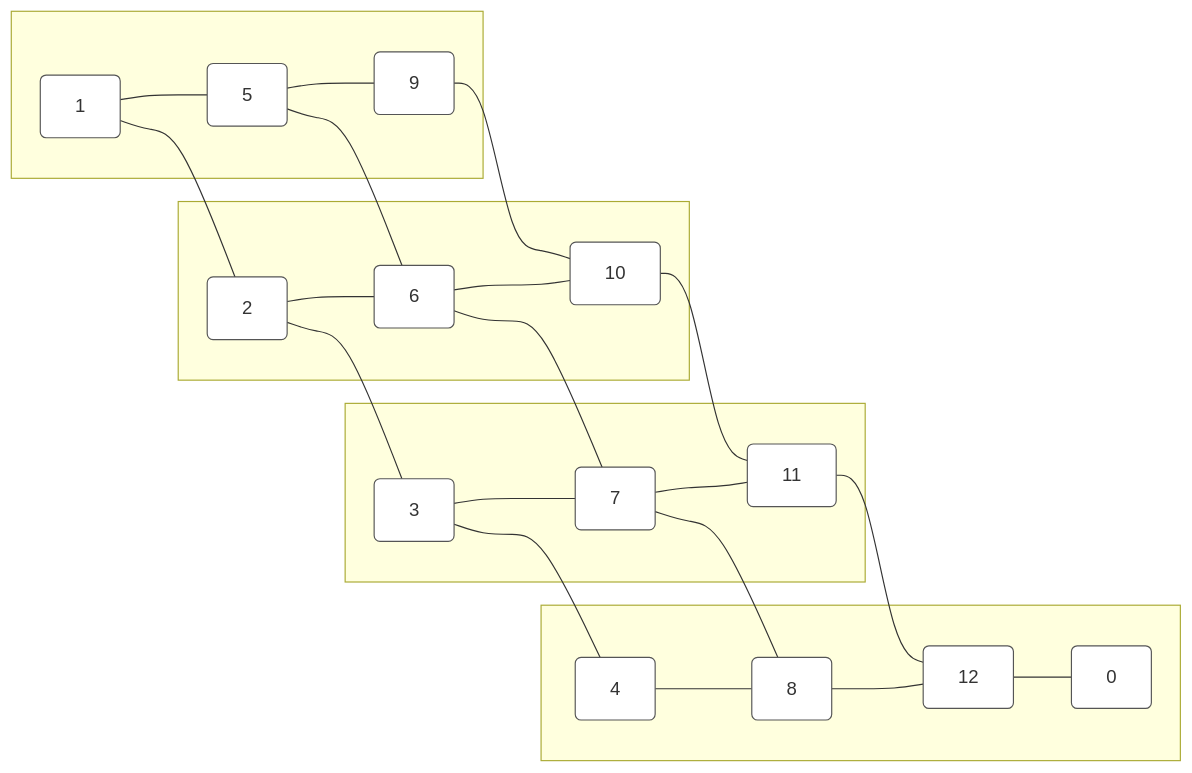
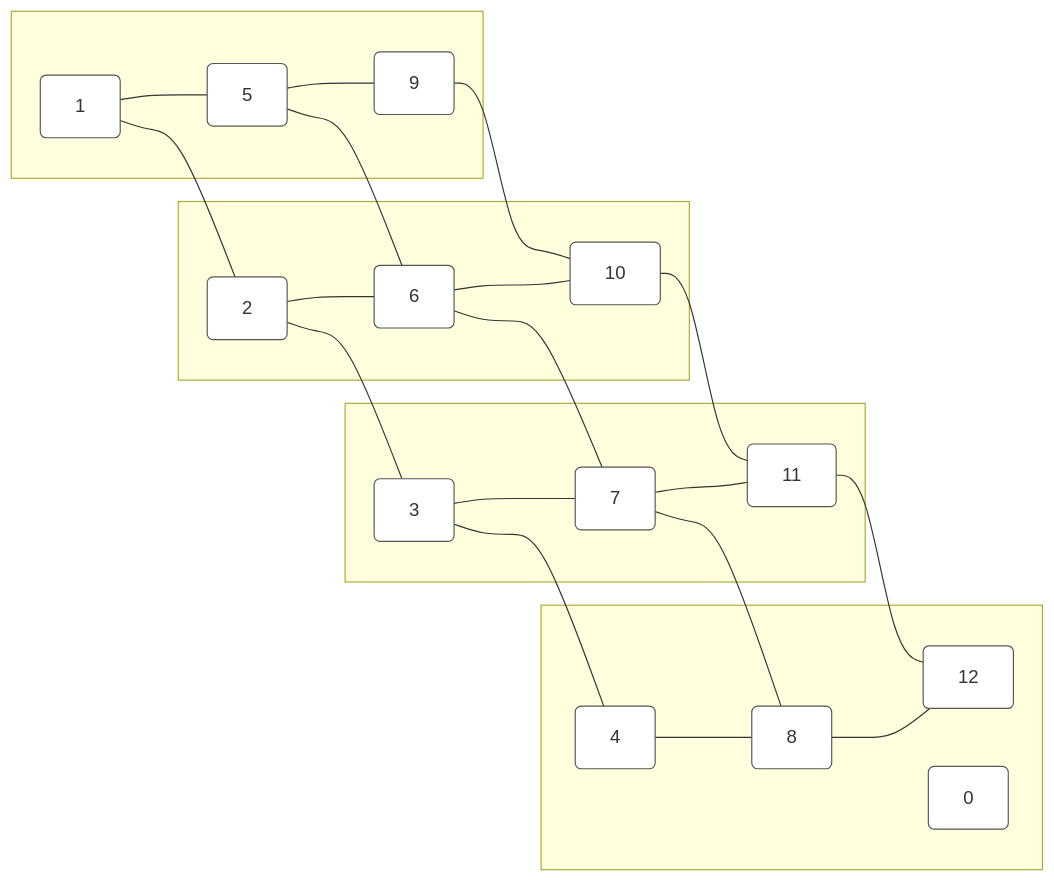
Before and after one commit to athena-tircgo/amr-lsj: the second of 2 diagrams in README.md, drawn with Mermaid.

````diff
--- a/README.md
+++ b/README.md
@@ -50,47 +50,47 @@
 ```mermaid
 graph LR
     %% 樣式設定
     classDef node fill:#fff,stroke:#555,stroke-width:1px,rx:5,ry:5;
 
     %% 第一欄
     subgraph col1[ ]
         A1[1]:::node
         A2[5]:::node
         A3[9]:::node
     end
 
     %% 第二欄
     subgraph col2[ ]
         A4[2]:::node
         A5[6]:::node
         A6[10]:::node
     end
 
     %% 第三欄
     subgraph col3[ ]
         A7[3]:::node
         A8[7]:::node
         A9[11]:::node
     end
 
     %% 第四欄
     subgraph col4[ ]
         A10[4]:::node
         A11[8]:::node
         A12[12]:::node
         A13[0]:::node
     end
 
     %% 橫向連線
     A1 --- A4 --- A7 --- A10
     A2 --- A5 --- A8 --- A11
     A3 --- A6 --- A9 --- A12
 
     %% 垂直連線
     A1 --- A2 --- A3
     A4 --- A5 --- A6
     A7 --- A8 --- A9
-    A10 --- A11 --- A12 --- A13
+    A10 --- A11 --- A12
 
 
 ```
````
